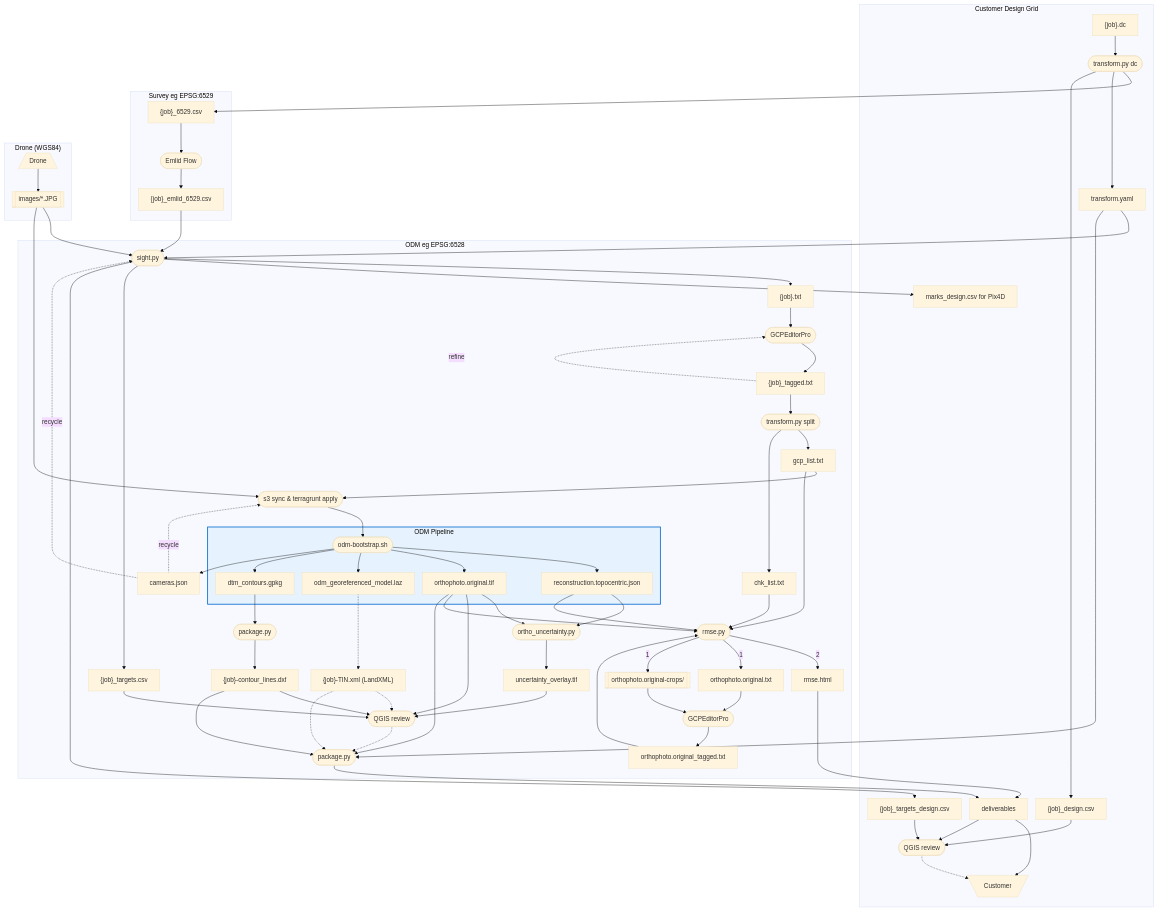
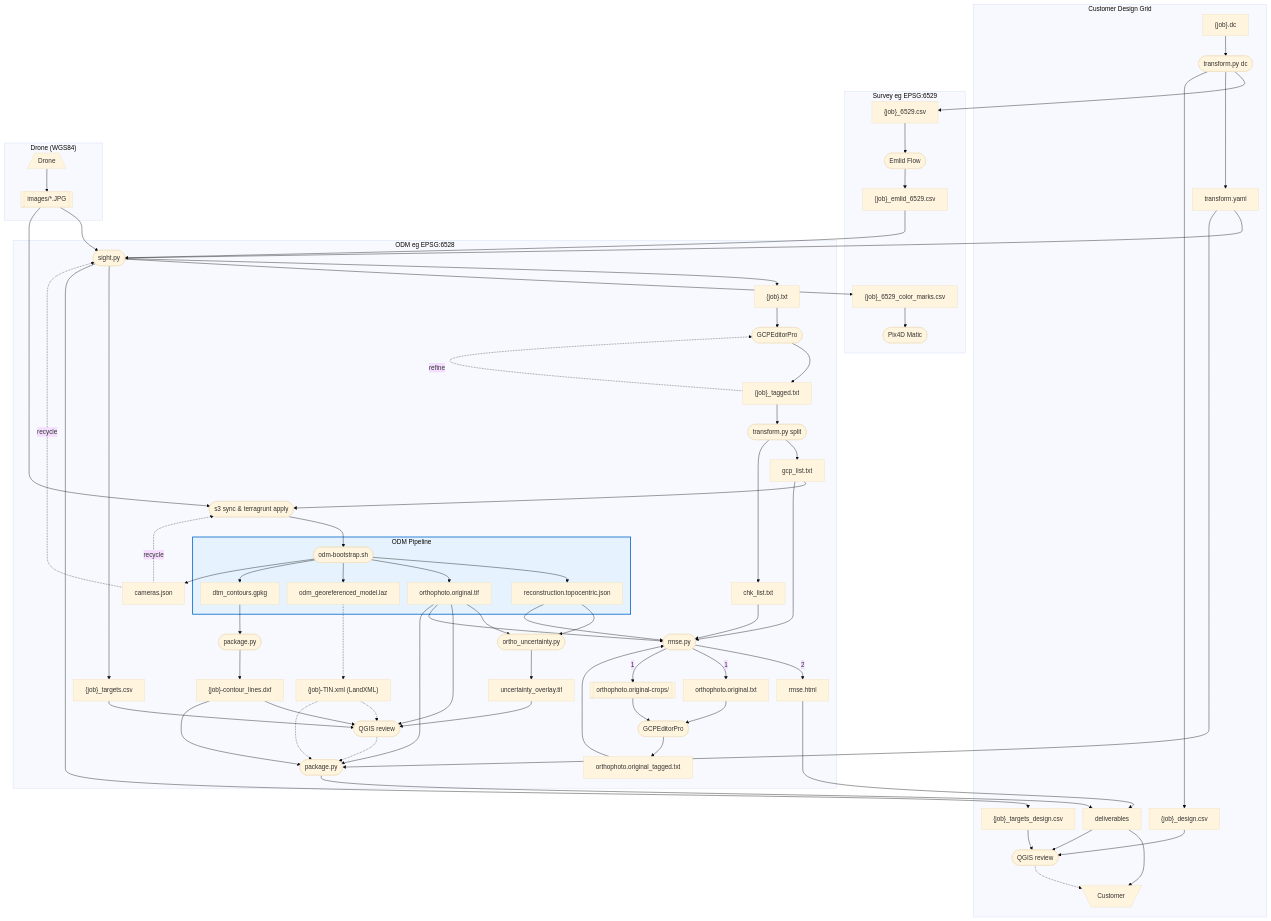
One commit to jrstear/geo changed the diagram in docs/odm-workflow.md. Above: the diagram before and after it, drawn with Mermaid. The commit also changed other lines of this file and 1 other file, not shown here.

```diff
--- a/docs/odm-workflow.md
+++ b/docs/odm-workflow.md
@@ -15,7 +15,8 @@
     all["{job}_emlid_6529.csv"]
     cameras["cameras.json"]
     sight(["sight.py"])
-    marks["marks_design.csv for Pix4D"]
+    marks["{job}_6529_color_marks.csv"]
+    pix4d(["Pix4D Matic"])
     pretag["{job}.txt"]
     gcpeditor(["GCPEditorPro"])
     tagged["{job}_tagged.txt"]
@@ -51,7 +52,6 @@
     subgraph "Customer Design Grid"
         cust_dc
         extract
-        marks
         points_design
         targets_design
         deliverables
@@ -64,6 +64,8 @@
         points_6529
         emlid
         all
+        marks
+	pix4d
     end
 
     subgraph "Drone (WGS84)"
@@ -117,7 +119,7 @@
     drone --> images
     emlid --> all --> sight
     sight --> pretag
-    sight --> marks
+    sight --> marks --> pix4d
     sight --> targets
     sight --> targets_design
     pretag --> gcpeditor
```
